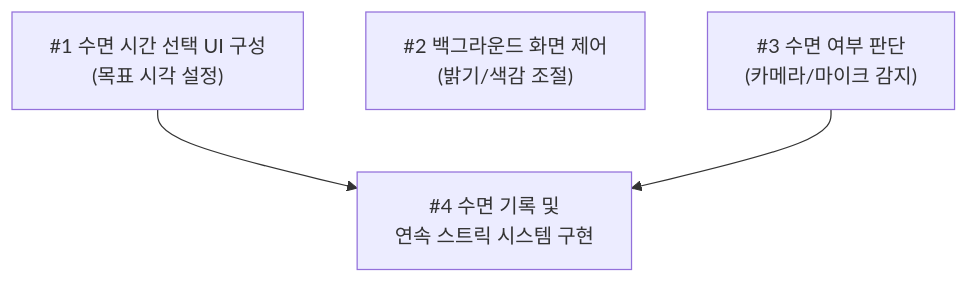
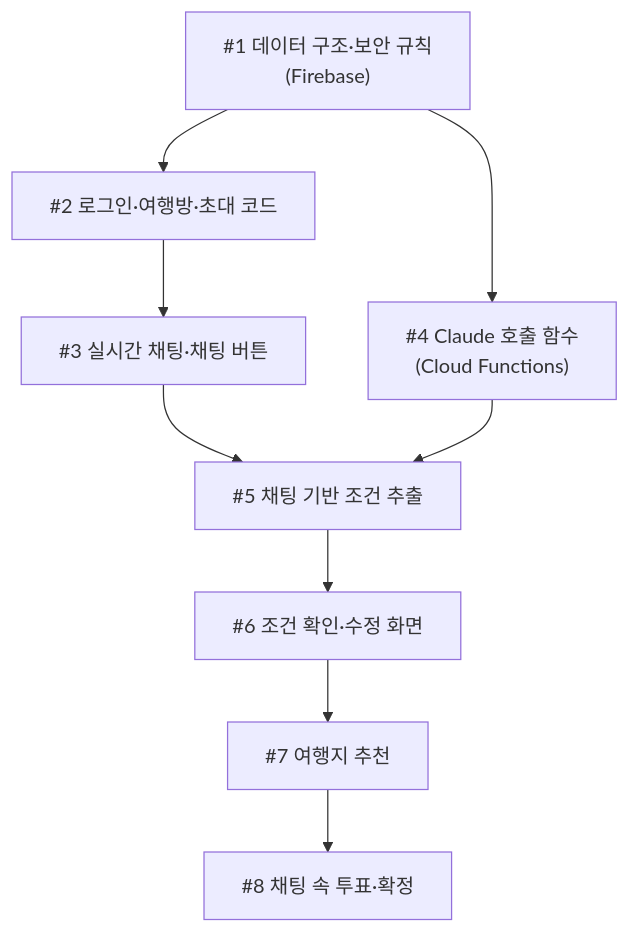
One commit to khwoo1803-hanyang/aix-2026f-team11 changed the diagram in docs/week-05.md. Above: the diagram before and after it, drawn with Mermaid. The commit also changed other lines of this file and 9 other files, not shown here.

````diff
--- a/docs/week-05.md
+++ b/docs/week-05.md
@@ -47,10 +51,20 @@
 ```mermaid
 graph TD
-    T1["#1 수면 시간 선택 UI 구성<br/>(목표 시각 설정)"]
-    T2["#2 백그라운드 화면 제어<br/>(밝기/색감 조절)"]
-    T3["#3 수면 여부 판단<br/>(카메라/마이크 감지)"]
-    T4["#4 수면 기록 및<br/>연속 스트릭 시스템 구현"]
+    T1["#1 데이터 구조·보안 규칙<br/>(Firebase)"]
+    T2["#2 로그인·여행방·초대 코드"]
+    T3["#3 실시간 채팅·채팅 버튼"]
+    T4["#4 Claude 호출 함수<br/>(Cloud Functions)"]
+    T5["#5 채팅 기반 조건 추출"]
+    T6["#6 조건 확인·수정 화면"]
+    T7["#7 여행지 추천"]
+    T8["#8 채팅 속 투표·확정"]
 
+    T1 --> T2
+    T2 --> T3
     T1 --> T4
-    T3 --> T4
+    T3 --> T5
+    T4 --> T5
+    T5 --> T6
+    T6 --> T7
+    T7 --> T8
 ```
````
